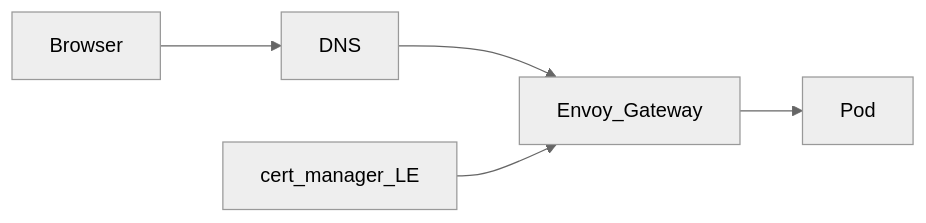
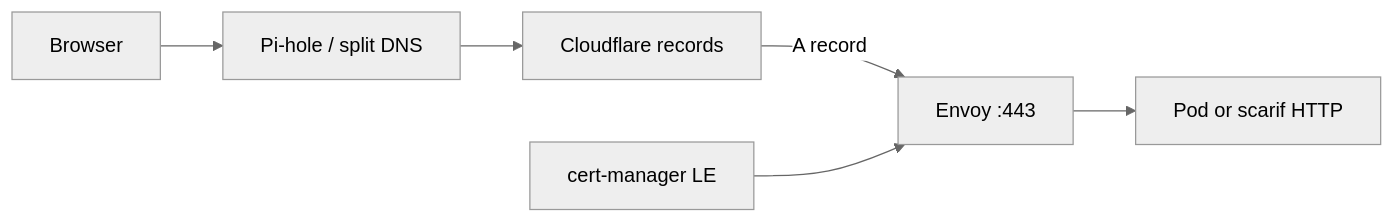
The second of 2 diagrams in docs/architecture/networking.md (jacobdrury/homelab), drawn with Mermaid (neutral theme) before and after one commit. The commit also changed other lines of this file and 28 other files, not shown here.

Commit message:
tailscale: setup tf and split dns

````diff
--- a/docs/architecture/networking.md
+++ b/docs/architecture/networking.md
@@ -111,12 +157,14 @@
 ```mermaid
 flowchart LR
   Client[Browser]
-  DNS[DNS]
-  Envoy[Envoy_Gateway]
-  Cert[cert_manager_LE]
-  App[Pod]
-  Client --> DNS
-  DNS --> Envoy
-  Cert --> Envoy
+  DNS[Pi-hole / split DNS]
+  CF[Cloudflare records]
+  Envoy[Envoy :443]
+  CM[cert-manager LE]
+  App[Pod or scarif HTTP]
+
+  Client --> DNS --> CF
+  CF -->|A record| Envoy
+  CM --> Envoy
   Envoy --> App
 ```
````
